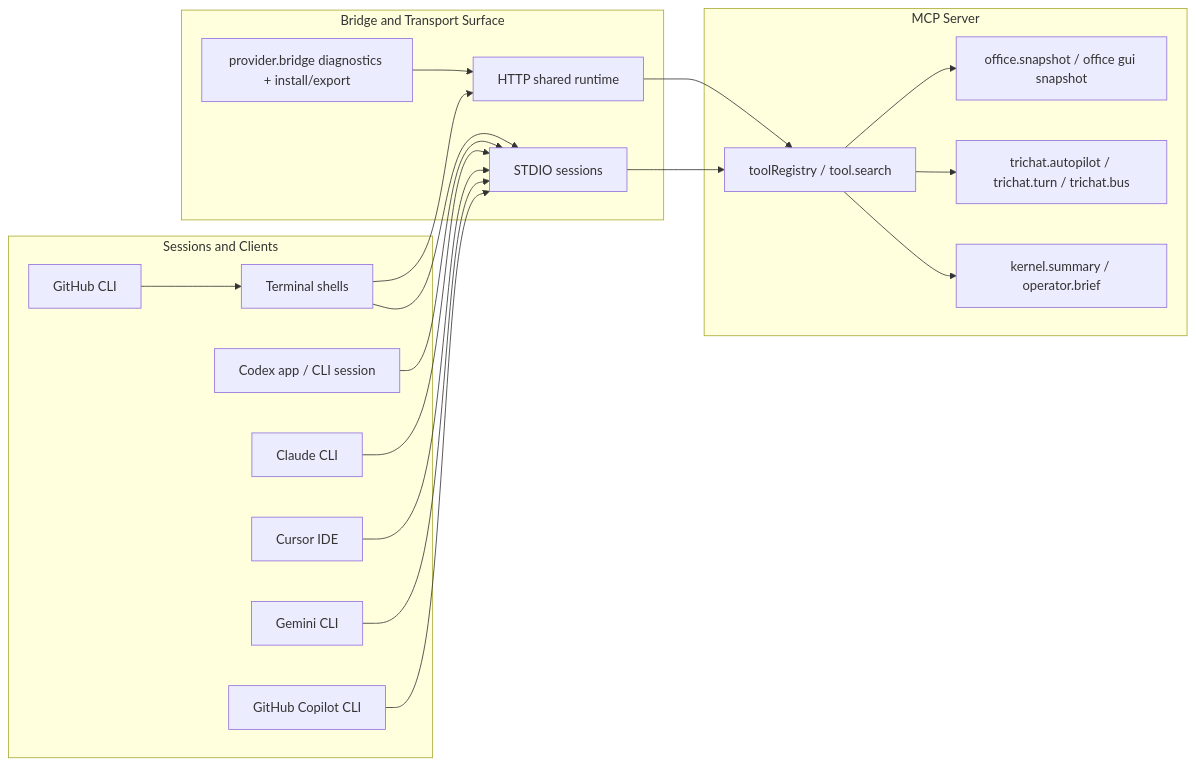
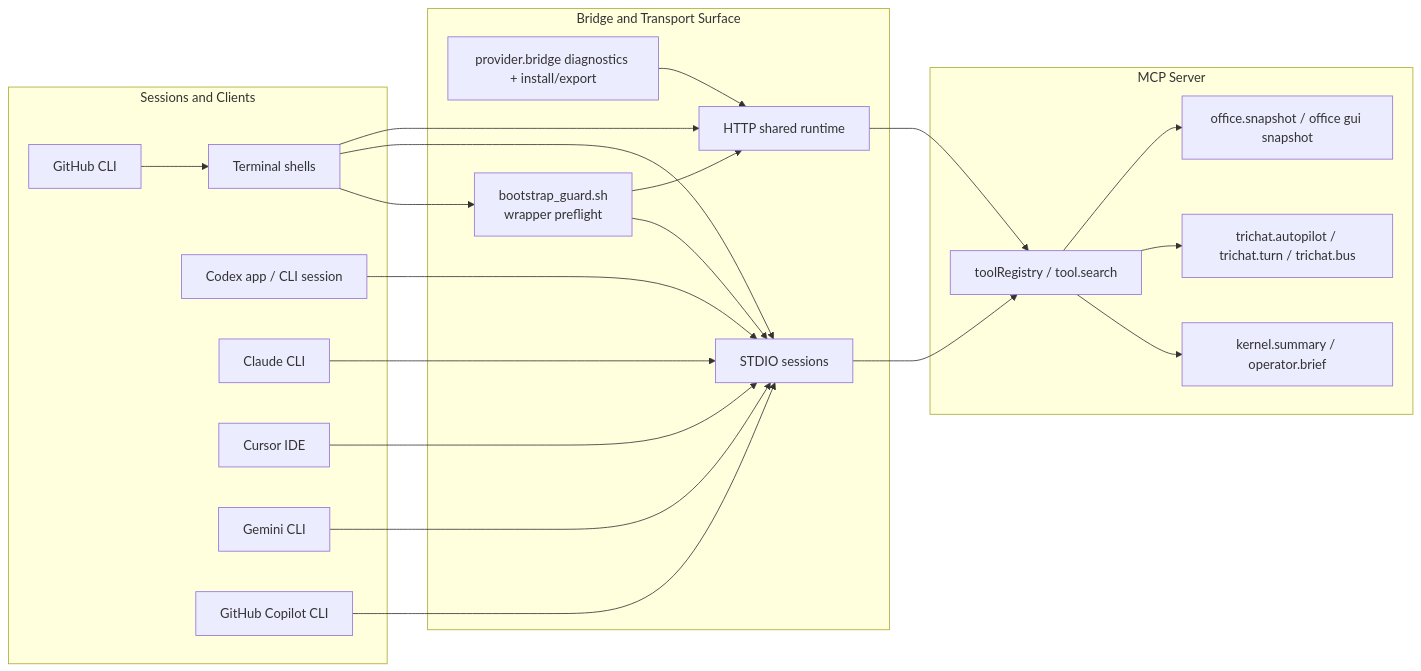
One commit to driverd12/MCPlayground---Core-Template changed the third of 6 diagrams in docs/SYSTEM_INTERCONNECTS.md. Above: the diagram before and after it, drawn with Mermaid. The commit also changed other lines of this file and 13 other files, not shown here.

````diff
--- a/docs/SYSTEM_INTERCONNECTS.md
+++ b/docs/SYSTEM_INTERCONNECTS.md
@@ -118,40 +124,44 @@
 ```mermaid
 flowchart LR
   subgraph Sessions["Sessions and Clients"]
     Shell["Terminal shells"]
     Codex["Codex app / CLI session"]
     Claude["Claude CLI"]
     Cursor["Cursor IDE"]
     Gemini["Gemini CLI"]
     Copilot["GitHub Copilot CLI"]
     GH["GitHub CLI"]
   end
 
   subgraph Bridges["Bridge and Transport Surface"]
     STDIO["STDIO sessions"]
     HTTP["HTTP shared runtime"]
     Provider["provider.bridge diagnostics + install/export"]
+    Guard["bootstrap_guard.sh<br/>wrapper preflight"]
   end
 
   subgraph Server["MCP Server"]
     Registry["toolRegistry / tool.search"]
     Office["office.snapshot / office gui snapshot"]
     Council["trichat.autopilot / trichat.turn / trichat.bus"]
     Brief["kernel.summary / operator.brief"]
   end
 
   Shell --> HTTP
   Shell --> STDIO
   Codex --> STDIO
   Claude --> STDIO
   Cursor --> STDIO
   Gemini --> STDIO
   Copilot --> STDIO
   GH --> Shell
+  Shell --> Guard
+  Guard --> HTTP
+  Guard --> STDIO
   Provider --> HTTP
   STDIO --> Registry
   HTTP --> Registry
   Registry --> Office
   Registry --> Council
   Registry --> Brief
 ```
````
